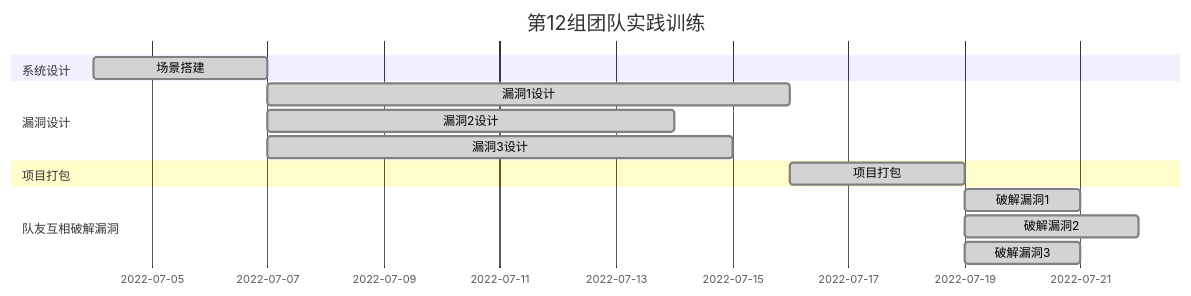
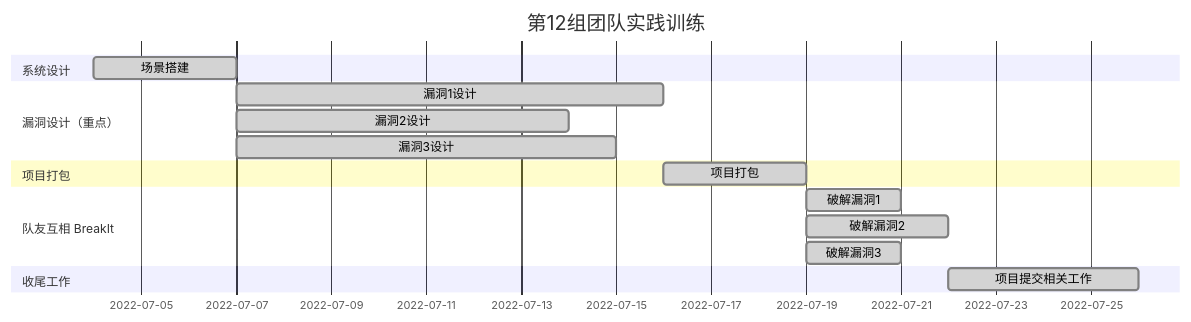
Before and after one commit to Daytoyecho/Summer-Class-Group12: the diagram in Members_division_and_reports/漏洞攻防实训完整报告.md, drawn with Mermaid. The commit also changed other lines of this file and 4 other files, not shown here.

Commit message:
总报告甘特图更新+个人报告统一格式

````diff
--- a/Members_division_and_reports/漏洞攻防实训完整报告.md
+++ b/Members_division_and_reports/漏洞攻防实训完整报告.md
@@ -61,23 +61,26 @@
 ```mermaid
 
 gantt
     title 第12组团队实践训练
     dateFormat  YYYY-MM-DD
     section 系统设计
     场景搭建      :done, a1, 2022-07-04 , 3d
 
     
-    section 漏洞设计
+    section 漏洞设计（重点）
     漏洞1设计     :done,a2,after a1  , 9d
     漏洞2设计     :done,a3,after a1  , 7d
     漏洞3设计     :done,a4,after a1  , 8d
 
     
     section 项目打包
     项目打包      :done,a5,after a2, 3d
     
-    section 队友互相破解漏洞
-    破解漏洞1     :done,after a5, 2d
-    破解漏洞2     :done,after a5, 3d
-    破解漏洞3   :done,after a5, 2d
+    section 队友互相 BreakIt
+    破解漏洞1     :done,a6,after a5, 2d
+    破解漏洞2     :done,a7,after a5, 3d
+    破解漏洞3   :done,a8,after a5, 2d
+    
+    section 收尾工作
+    项目提交相关工作     :done,after a7, 4d
 ```
````
